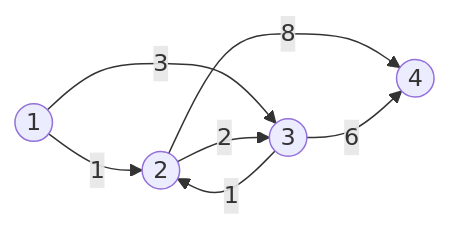
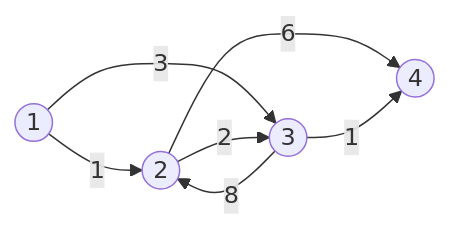
Before and after one commit to SleppyDoge/TrabalhoPratico3Grafos2026-2: the diagram in acompanhamento/marco-2.md, drawn with Mermaid. The commit also changed other lines of this file, not shown here.

Commit message:
fix(marco-2.md): Fixed mistakes in the mermaid and added Space complexity

````diff
--- a/acompanhamento/marco-2.md
+++ b/acompanhamento/marco-2.md
@@ -27,16 +27,16 @@
 ```mermaid
 flowchart LR
 
   A(("1"))
   B(("2"))
   C(("3"))
   D(("4"))
 
   A -->|1| B 
   A -->|3| C
   B -->|2| C
-  B -->|8| D
-  C -->|1| B
-  C -->|6| D
+  B -->|6| D
+  C -->|8| B
+  C -->|1| D
 
 ```
````
